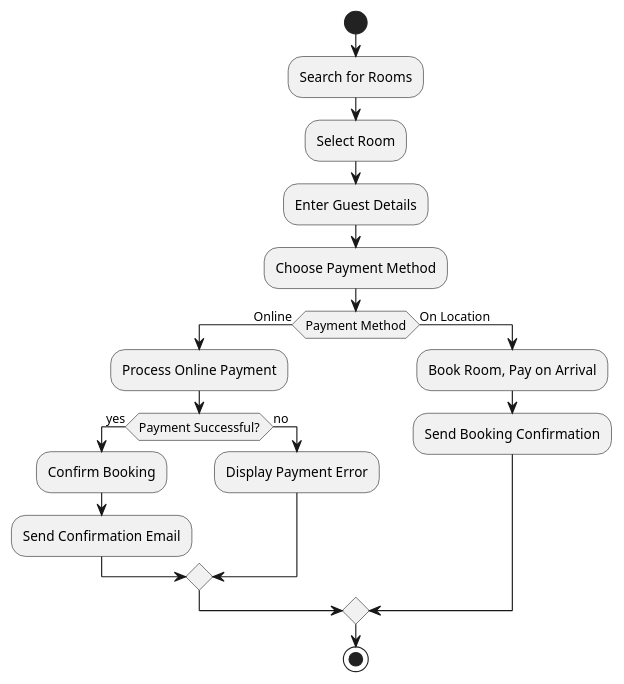
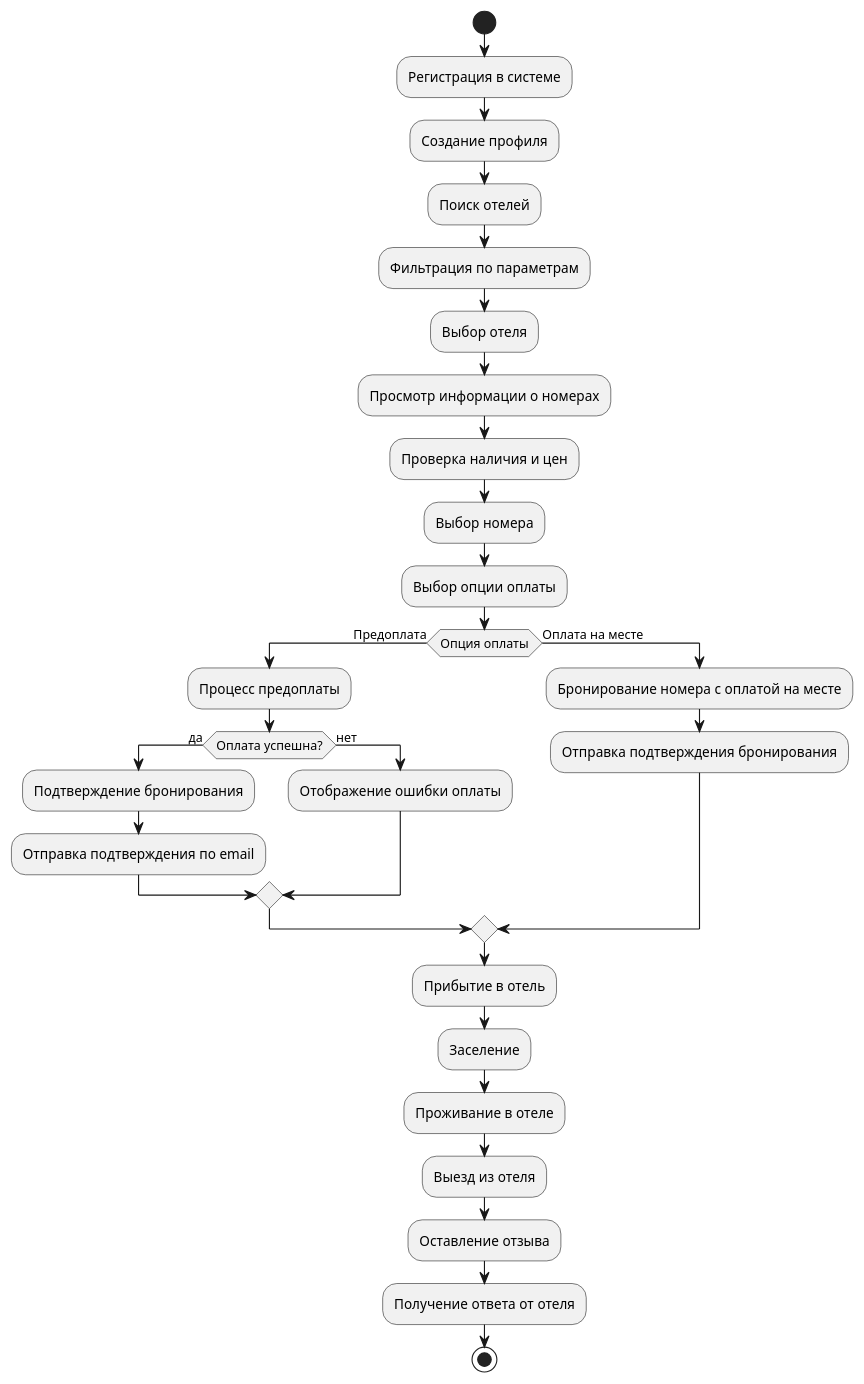
The diagram in Diagrams/Activity.puml (GornikMaria/SoftwareDevelopmentTechnology), drawn with PlantUML before and after one commit.

```diff
--- a/Diagrams/Activity.puml
+++ b/Diagrams/Activity.puml
@@ -1,23 +1,40 @@
 @startuml
 start
 
-:Search for Rooms;
-:Select Room;
-:Enter Guest Details;
-:Choose Payment Method;
+:Регистрация в системе;
+:Создание профиля;
 
-if (Payment Method) then (Online)
-  :Process Online Payment;
-  if (Payment Successful?) then (yes)
-    :Confirm Booking;
-    :Send Confirmation Email;
-  else (no)
-    :Display Payment Error;
+:Поиск отелей;
+:Фильтрация по параметрам;
+:Выбор отеля;
+
+:Просмотр информации о номерах;
+:Проверка наличия и цен;
+
+:Выбор номера;
+:Выбор опции оплаты;
+
+if (Опция оплаты) then (Предоплата)
+  :Процесс предоплаты;
+  if (Оплата успешна?) then (да)
+    :Подтверждение бронирования;
+    :Отправка подтверждения по email;
+  else (нет)
+    :Отображение ошибки оплаты;
   endif
-else (On Location)
-  :Book Room, Pay on Arrival;
-  :Send Booking Confirmation;
+else (Оплата на месте)
+  :Бронирование номера с оплатой на месте;
+  :Отправка подтверждения бронирования;
 endif
+
+:Прибытие в отель;
+:Заселение;
+
+:Проживание в отеле;
+:Выезд из отеля;
+
+:Оставление отзыва;
+:Получение ответа от отеля;
 
 stop
 @enduml
```
